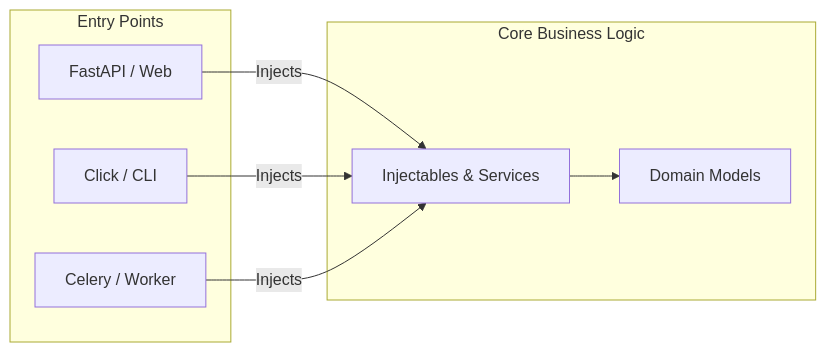
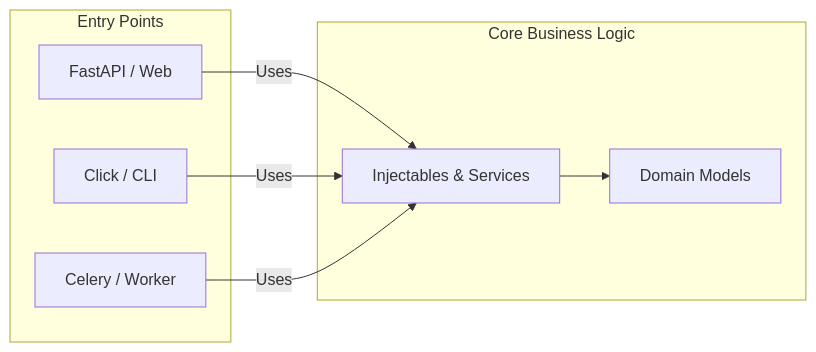
The diagram in readme.md (maldoinc/wireup), drawn with Mermaid before and after one commit. The commit also changed other lines of this file, not shown here.

````diff
--- a/readme.md
+++ b/readme.md
@@ -287,19 +304,19 @@
 ```mermaid
 graph LR
     subgraph "Core Business Logic"
         Services[Injectables & Services]
         Domain[Domain Models]
     end
 
     subgraph "Entry Points"
         API[FastAPI / Web]
         CLI[Click / CLI]
         Worker[Celery / Worker]
     end
 
-    API -->|Injects| Services
-    CLI -->|Injects| Services
-    Worker -->|Injects| Services
-    
+    API -->|Uses| Services
+    CLI -->|Uses| Services
+    Worker -->|Uses| Services
+
     Services --> Domain
 ```
````
